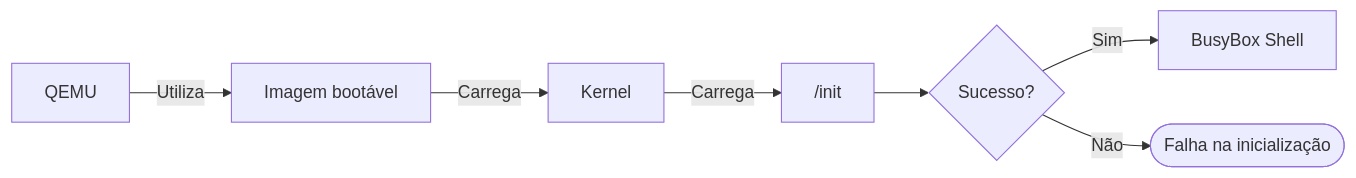
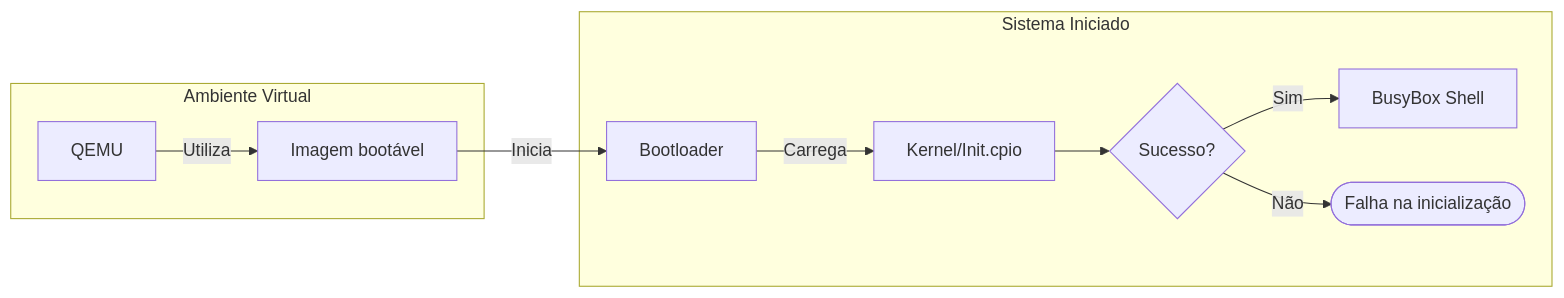
One commit to FelpzzzEX/LecOS changed the second of 2 diagrams in Primeiros_Passos/base-inicial.md. Above: the diagram before and after it, drawn with Mermaid. The commit also changed other lines of this file and 1 other file, not shown here.

````diff
--- a/Primeiros_Passos/base-inicial.md
+++ b/Primeiros_Passos/base-inicial.md
@@ -50,10 +50,15 @@
 ```mermaid
 flowchart LR
-  A["QEMU"] -->|Utiliza| B["Imagem bootável"]
-  B -->|Carrega| C["Kernel"]
-  C -->|Carrega| D["/init"]
-  E{"Sucesso?"}
-  D-->E
-  E -->|Sim| G["BusyBox Shell"]
-  E -->|Não| H([Falha na inicialização])
+  subgraph virtAmb["Ambiente Virtual"]
+    A["QEMU"] -->|Utiliza| B["Imagem bootável"]
+  end
+
+  subgraph sistema["Sistema Iniciado"]
+    B -->|Inicia| C["Bootloader"]
+    C -->|Carrega| D["Kernel/Init.cpio"]
+    E{"Sucesso?"}
+    D-->E
+    E -->|Sim| G["BusyBox Shell"]
+    E -->|Não| H([Falha na inicialização])
+  end
 ```
````
